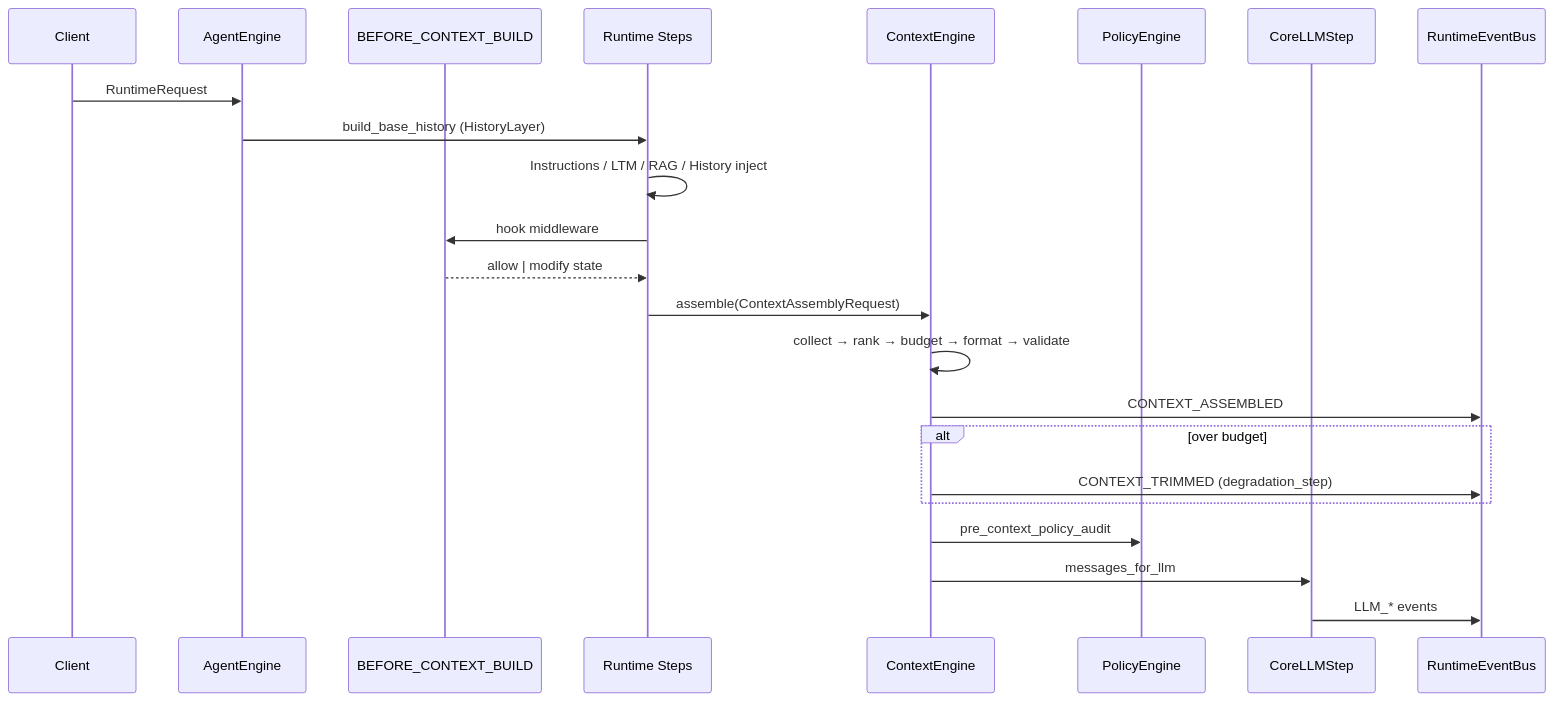
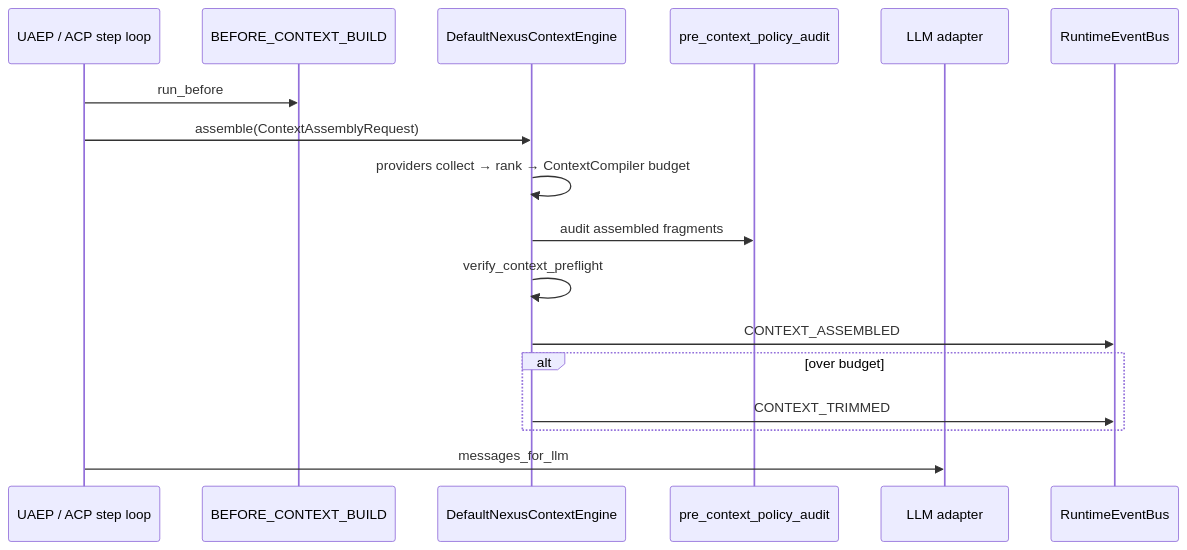
Before and after one commit to jakbuczarnecki/intergrax: the second of 3 diagrams in docs/architecture/CONTEXT_ENGINEERING.md, drawn with Mermaid. The commit also changed other lines of this file and 2 other files, not shown here.

Commit message:
update context engineering docs

````diff
--- a/docs/architecture/CONTEXT_ENGINEERING.md
+++ b/docs/architecture/CONTEXT_ENGINEERING.md
@@ -375,26 +401,20 @@
 ```mermaid
 sequenceDiagram
-    participant Client
-    participant Engine as AgentEngine
+    participant Executor as UAEP / ACP step loop
     participant Hook as BEFORE_CONTEXT_BUILD
-    participant Steps as Runtime Steps
-    participant CE as ContextEngine
-    participant Policy as PolicyEngine
-    participant LLM as CoreLLMStep
+    participant CE as DefaultNexusContextEngine
+    participant Policy as pre_context_policy_audit
+    participant LLM as LLM adapter
     participant Bus as RuntimeEventBus
 
-    Client->>Engine: RuntimeRequest
-    Engine->>Steps: build_base_history (HistoryLayer)
-    Steps->>Steps: Instructions / LTM / RAG / History inject
-    Steps->>Hook: hook middleware
-    Hook-->>Steps: allow | modify state
-    Steps->>CE: assemble(ContextAssemblyRequest)
-    CE->>CE: collect → rank → budget → format → validate
+    Executor->>Hook: run_before
+    Executor->>CE: assemble(ContextAssemblyRequest)
+    CE->>CE: providers collect → rank → ContextCompiler budget
+    CE->>Policy: audit assembled fragments
+    CE->>CE: verify_context_preflight
     CE->>Bus: CONTEXT_ASSEMBLED
     alt over budget
-        CE->>Bus: CONTEXT_TRIMMED (degradation_step)
+        CE->>Bus: CONTEXT_TRIMMED
     end
-    CE->>Policy: pre_context_policy_audit
-    CE->>LLM: messages_for_llm
-    LLM->>Bus: LLM_* events
+    Executor->>LLM: messages_for_llm
 ```
````
